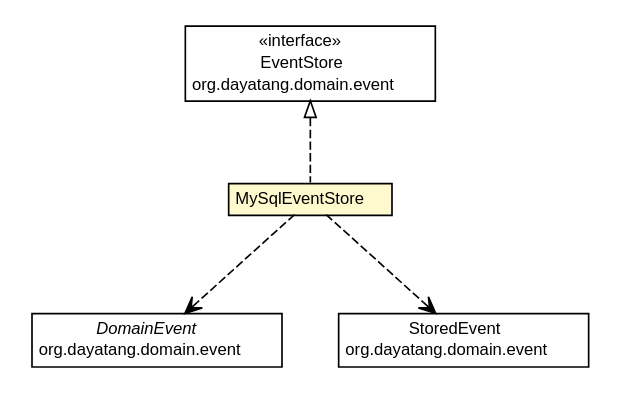
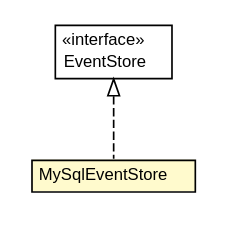
The diagram in dddlib-event-store/apidocs/org/dayatang/mysql/MySqlEventStore.dot (dayatang/dddlib), drawn with Graphviz before and after one commit. The commit also changed 49 other files, not shown here.

```diff
--- a/dddlib-event-store/apidocs/org/dayatang/mysql/MySqlEventStore.dot
+++ b/dddlib-event-store/apidocs/org/dayatang/mysql/MySqlEventStore.dot
@@ -1,46 +1,27 @@
 #!/usr/local/bin/dot
 #
 # Class diagram 
 # Generated by UMLGraph version R5_6_6-8-g8d7759 (http://www.umlgraph.org/)
 #
 
 digraph G {
 	edge [fontname="Helvetica",fontsize=10,labelfontname="Helvetica",labelfontsize=10];
 	node [fontname="Helvetica",fontsize=10,shape=plaintext];
 	nodesep=0.25;
 	ranksep=0.5;
 	// org.dayatang.mysql.MySqlEventStore
-	c7 [label=<<table title="org.dayatang.mysql.MySqlEventStore" border="0" cellborder="1" cellspacing="0" cellpadding="2" port="p" bgcolor="lemonChiffon" href="./MySqlEventStore.html">
+	c3 [label=<<table title="org.dayatang.mysql.MySqlEventStore" border="0" cellborder="1" cellspacing="0" cellpadding="2" port="p" bgcolor="lemonChiffon" href="./MySqlEventStore.html">
 		<tr><td><table border="0" cellspacing="0" cellpadding="1">
 <tr><td align="center" balign="center"> MySqlEventStore </td></tr>
 		</table></td></tr>
 		</table>>, URL="./MySqlEventStore.html", fontname="Helvetica", fontcolor="black", fontsize=10.0];
 	//org.dayatang.mysql.MySqlEventStore implements org.dayatang.domain.event.EventStore
-	c8:p -> c7:p [dir=back,arrowtail=empty,style=dashed];
-	// org.dayatang.mysql.MySqlEventStore DEPEND org.dayatang.domain.event.DomainEvent
-	c7:p -> c11:p [taillabel="", label=" "headlabel="", fontname="Helvetica", fontcolor="black", fontsize=10.0, color="black", arrowhead=open, style=dashed];
-	// org.dayatang.mysql.MySqlEventStore DEPEND org.dayatang.domain.event.StoredEvent
-	c7:p -> c13:p [taillabel="", label=" "headlabel="", fontname="Helvetica", fontcolor="black", fontsize=10.0, color="black", arrowhead=open, style=dashed];
-	// org.dayatang.domain.event.DomainEvent
-	c11 [label=<<table title="org.dayatang.domain.event.DomainEvent" border="0" cellborder="1" cellspacing="0" cellpadding="2" port="p" href="http://java.sun.com/j2se/1.4.2/docs/api/org/dayatang/domain/event/DomainEvent.html">
-		<tr><td><table border="0" cellspacing="0" cellpadding="1">
-<tr><td align="center" balign="center"><font face="Helvetica-Oblique"> DomainEvent </font></td></tr>
-<tr><td align="center" balign="center"> org.dayatang.domain.event </td></tr>
-		</table></td></tr>
-		</table>>, URL="http://java.sun.com/j2se/1.4.2/docs/api/org/dayatang/domain/event/DomainEvent.html", fontname="Helvetica", fontcolor="black", fontsize=10.0];
+	c4:p -> c3:p [dir=back,arrowtail=empty,style=dashed];
 	// org.dayatang.domain.event.EventStore
-	c8 [label=<<table title="org.dayatang.domain.event.EventStore" border="0" cellborder="1" cellspacing="0" cellpadding="2" port="p" href="http://java.sun.com/j2se/1.4.2/docs/api/org/dayatang/domain/event/EventStore.html">
+	c4 [label=<<table title="org.dayatang.domain.event.EventStore" border="0" cellborder="1" cellspacing="0" cellpadding="2" port="p">
 		<tr><td><table border="0" cellspacing="0" cellpadding="1">
 <tr><td align="center" balign="center"> &#171;interface&#187; </td></tr>
 <tr><td align="center" balign="center"> EventStore </td></tr>
-<tr><td align="center" balign="center"> org.dayatang.domain.event </td></tr>
 		</table></td></tr>
-		</table>>, URL="http://java.sun.com/j2se/1.4.2/docs/api/org/dayatang/domain/event/EventStore.html", fontname="Helvetica", fontcolor="black", fontsize=10.0];
-	// org.dayatang.domain.event.StoredEvent
-	c13 [label=<<table title="org.dayatang.domain.event.StoredEvent" border="0" cellborder="1" cellspacing="0" cellpadding="2" port="p" href="http://java.sun.com/j2se/1.4.2/docs/api/org/dayatang/domain/event/StoredEvent.html">
-		<tr><td><table border="0" cellspacing="0" cellpadding="1">
-<tr><td align="center" balign="center"> StoredEvent </td></tr>
-<tr><td align="center" balign="center"> org.dayatang.domain.event </td></tr>
-		</table></td></tr>
-		</table>>, URL="http://java.sun.com/j2se/1.4.2/docs/api/org/dayatang/domain/event/StoredEvent.html", fontname="Helvetica", fontcolor="black", fontsize=10.0];
+		</table>>, URL="null", fontname="Helvetica", fontcolor="black", fontsize=10.0];
 }
```
